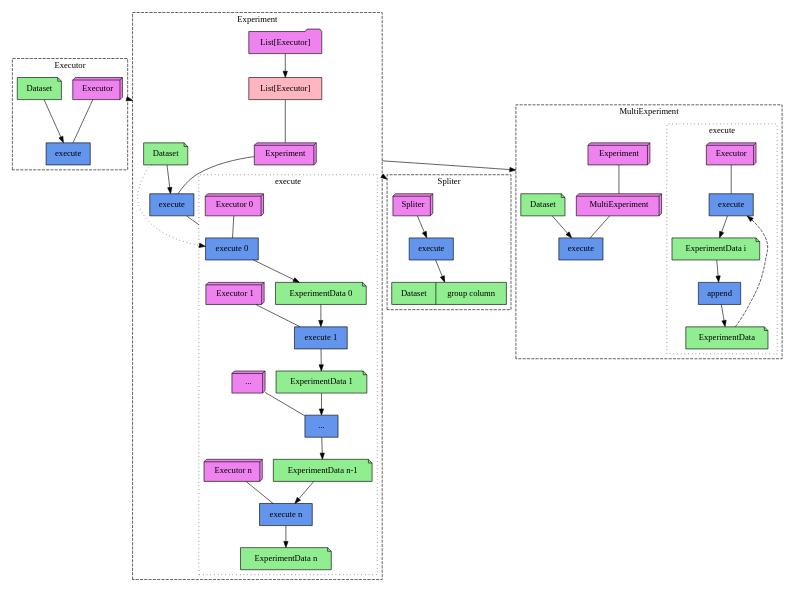
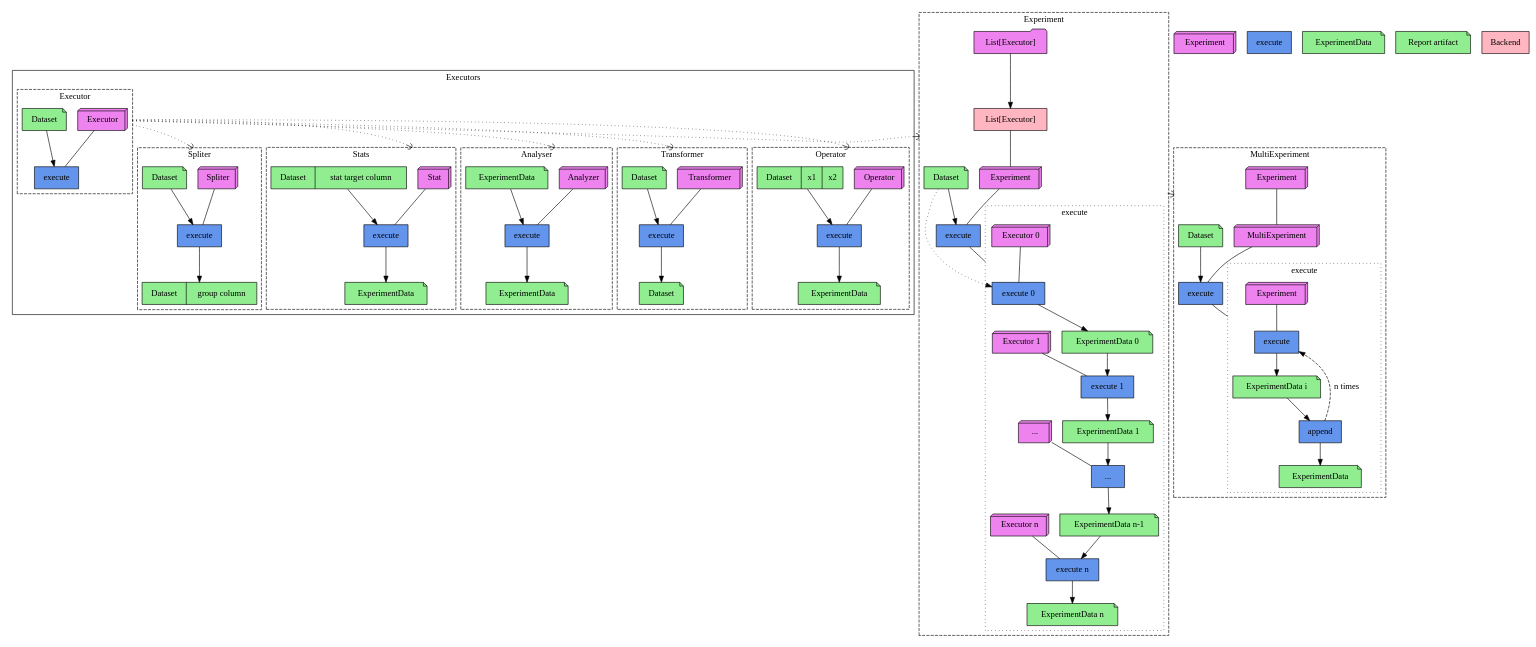
Before and after one commit to sb-ai-lab/HypEx: the diagram in schemes/architecture.dot, drawn with Graphviz. The commit also changed 4 other files, not shown here.

```diff
--- a/schemes/architecture.dot
+++ b/schemes/architecture.dot
@@ -16,9 +16,19 @@
         // -------
         multiexperiment_experiment[label="Experiment"]
         multiexperiment[label="MultiExperiment"]
-        multiexperiment_execte_executor[label="Executor"]
+        multiexperiment_execte_experiment[label="Experiment"]
         // -------
         spliter_executor[label="Spliter"]
+        // -------
+        stat_executor[label="Stat"]
+        // -------
+        analyzer_executor[label="Analyzer"]
+        // -------
+        transformer_executor[label="Transformer"]
+        // -------
+        operator_executor[label="Operator"]
+        // -------
+        report_experiment[label="Experiment"]
     }
 
     subgraph methods{
@@ -36,6 +46,16 @@
         multiexperiment_execute_data_append[label="append"]
         // -------
         spliter_execute[label="execute"]
+        // -------
+        stat_execute[label="execute"]
+        // -------
+        analyzer_execute[label="execute"]
+        // -------
+        transformer_execute[label="execute"]
+        // -------
+        operator_execute[label="execute"]
+        // -------
+        report_execute[label="execute"]
     }
 
     subgraph data{
@@ -53,19 +73,116 @@
         multiexperiment_executor_experiment_data[label="ExperimentData i"]
         multiexperiment_executor_result_data[label="ExperimentData"]
         // -------
-        spliter_data[shape=record label="Dataset | group column"]
+        spliter_data[label="Dataset"]
+        spliter_out_data[shape=record label="Dataset | group column"]
+        // -------
+        stat_data[shape=record label="Dataset | stat target column"]
+        stat_experiment_data[label="ExperimentData"]
+        // -------
+        analyzer_in_data[label="ExperimentData"]
+        analyzer_out_data[label="ExperimentData"]
+        // -------
+        transformer_in_data[label="Dataset"]
+        transformer_out_data[label="Dataset"]
+        // -------
+        operator_in_data[shape=record label="Dataset | x1 | x2"]
+        operator_out_data[label="ExperimentData"]
+        // -------
+        report_in_data[label="ExperimentData"]
+        report_out_data[label="Report artifact"]
     }
 
     subgraph atributes{
         node[shape=record, fillcolor=lightpink]
         experiment_executor_list_attribute[label="List[Executor]"]
+        report_backend[label="Backend"]
     }
 
-    subgraph cluster_executor{
-        graph[style=dashed, label="Executor"]
+    subgraph cluster_executors{
+        graph[label="Executors"]
 
-        executor_legend_data -> executor_execute_legend
-        executor_legend -> executor_execute_legend [arrowhead=none]
+        subgraph cluster_executor{
+            graph[style=dashed, label="Executor"]
+
+            executor_legend_data -> executor_execute_legend
+            executor_legend -> executor_execute_legend [arrowhead=none]
+        }
+
+        subgraph cluster_spliter{
+            graph[style=dashed, label="Spliter"]
+
+            spliter_executor -> spliter_execute [arrowhead=none]
+            spliter_execute -> spliter_out_data
+            spliter_data -> spliter_execute
+        }
+
+        executor_legend -> spliter_executor [
+            style="dotted"
+            arrowhead=curve
+            ltail=cluster_executor
+            lhead=cluster_spliter
+        ]
+
+        subgraph cluster_stats{
+            graph[style=dashed, label="Stats"]
+
+            stat_executor -> stat_execute [arrowhead=none]
+            stat_data -> stat_execute
+            stat_execute -> stat_experiment_data
+        }
+
+        executor_legend -> stat_executor [
+            style="dotted"
+            arrowhead=curve
+            ltail=cluster_executor
+            lhead=cluster_stats
+        ]
+
+        subgraph cluster_analyser{
+            graph[style=dashed, label="Analyser"]
+
+            analyzer_executor -> analyzer_execute [arrowhead=none]
+            analyzer_in_data -> analyzer_execute
+            analyzer_execute -> analyzer_out_data
+        }
+
+        executor_legend -> analyzer_executor [
+            style="dotted"
+            arrowhead=curve
+            ltail=cluster_executor
+            lhead=cluster_analyser
+        ]
+
+        subgraph cluster_transformer{
+            graph[style=dashed, label="Transformer"]
+
+            transformer_executor -> transformer_execute [arrowhead=none]
+            transformer_in_data -> transformer_execute
+            transformer_execute -> transformer_out_data
+        }
+
+        executor_legend -> transformer_executor [
+            style="dotted"
+            arrowhead=curve
+            ltail=cluster_executor
+            lhead=cluster_transformer
+        ]
+
+        subgraph cluster_operator{
+            graph[style=dashed, label="Operator"]
+
+            operator_executor -> operator_execute [arrowhead=none]
+            operator_in_data -> operator_execute
+            operator_execute -> operator_out_data
+        }
+
+        executor_legend -> operator_executor [
+            style="dotted"
+            arrowhead=curve
+            ltail=cluster_executor
+            lhead=cluster_operator
+        ]
+
     }
 
     subgraph cluster_experiment{
@@ -95,7 +212,9 @@
     }
 
     executor_legend -> experiment_legend [
-        ltail=cluster_executor, 
+        style="dotted"
+        arrowhead=curve
+        ltail=cluster_executor
         lhead=cluster_experiment
     ]
 
@@ -108,28 +227,32 @@
         subgraph cluster_multiexperiment_execute{
             graph[style=dotted, label="execute"]
             
-            multiexperiment_execte_executor -> multiexperiment_executor_execute [arrowhead=none]
+            multiexperiment_execte_experiment -> multiexperiment_executor_execute [arrowhead=none]
             multiexperiment_executor_execute -> multiexperiment_executor_experiment_data
             multiexperiment_executor_experiment_data -> multiexperiment_execute_data_append
             multiexperiment_execute_data_append -> multiexperiment_executor_result_data
 
-            multiexperiment_executor_result_data -> multiexperiment_executor_execute [style=dashed]
+            multiexperiment_execute_data_append -> multiexperiment_executor_execute [
+                style=dashed
+                label="n times"
+            ]
         }
+
+        multiexperiment_execute -> multiexperiment_executor_execute [
+            arrowhead=none
+            lhead=cluster_multiexperiment_execute
+        ]
     }
 
     experiment_legend -> multiexperiment [
-        ltail=cluster_experiment, 
+        style="dotted"
+        arrowhead=curve
+        ltail=cluster_experiment
         lhead=cluster_multiexperiment
     ]
 
-    subgraph cluster_spliter{
-        graph[style=dashed, label="Spliter"]
+    subgraph cluster_report{
+        graph[style=dashed, label="Report"]
 
-        spliter_executor -> spliter_execute -> spliter_data
     }
-
-    experiment_legend -> spliter_executor [
-        ltail=cluster_experiment, 
-        lhead=cluster_spliter
-    ]
 }
```
